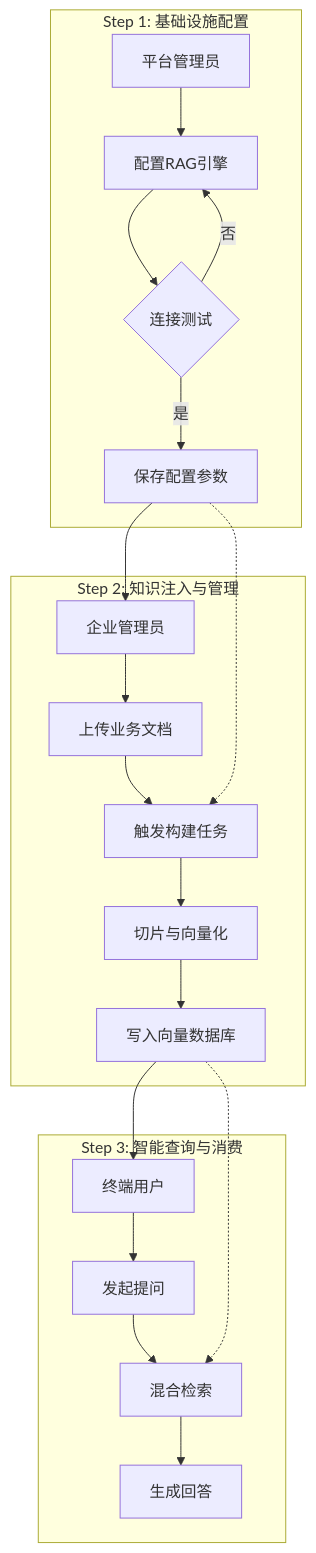
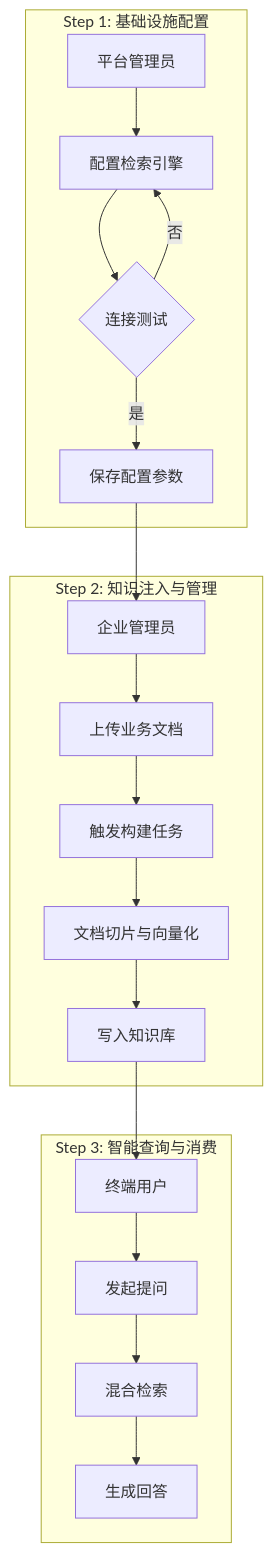
One commit to joychen295/AI--- changed the first of 2 diagrams in 需求文档/G-中台需求文档/辰极智脑-知识库配置需求说明书_V1.0.md. Above: the diagram before and after it, drawn with Mermaid. The commit also changed other lines of this file and 5 other files, not shown here.

````diff
--- a/需求文档/G-中台需求文档/辰极智脑-知识库配置需求说明书_V1.0.md
+++ b/需求文档/G-中台需求文档/辰极智脑-知识库配置需求说明书_V1.0.md
@@ -38,30 +36,25 @@
 ```mermaid
 graph TD
     subgraph Step1 [Step 1: 基础设施配置]
-        A1[平台管理员] --> A2[配置RAG引擎]
+        A1[平台管理员] --> A2[配置检索引擎]
         A2 --> A3{连接测试}
         A3 -- 是 --> A4[保存配置参数]
         A3 -- 否 --> A2
     end
 
     subgraph Step2 [Step 2: 知识注入与管理]
         B1[企业管理员] --> B2[上传业务文档]
         B2 --> B3[触发构建任务]
-        B3 --> B4[切片与向量化]
-        B4 --> B5[写入向量数据库]
+        B3 --> B4[文档切片与向量化]
+        B4 --> B5[写入知识库]
     end
 
     subgraph Step3 [Step 3: 智能查询与消费]
         C1[终端用户] --> C2[发起提问]
         C2 --> C3[混合检索]
         C3 --> C4[生成回答]
     end
 
-    %% 模块流转关系 (实线)
     A4 --> B1
     B5 --> C1
-
-    %% 关键数据依赖 (虚线)
-    A4 -.-> B3
-    B5 -.-> C3
 ```
````
